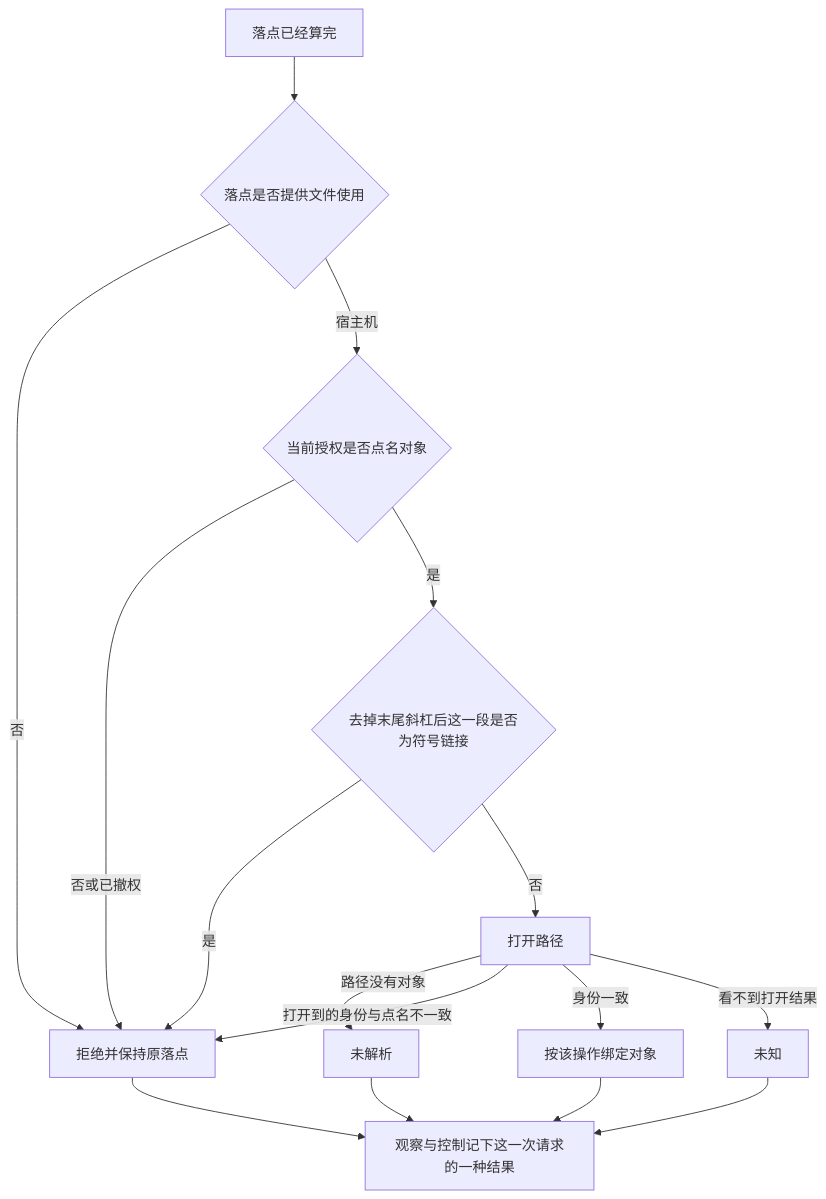
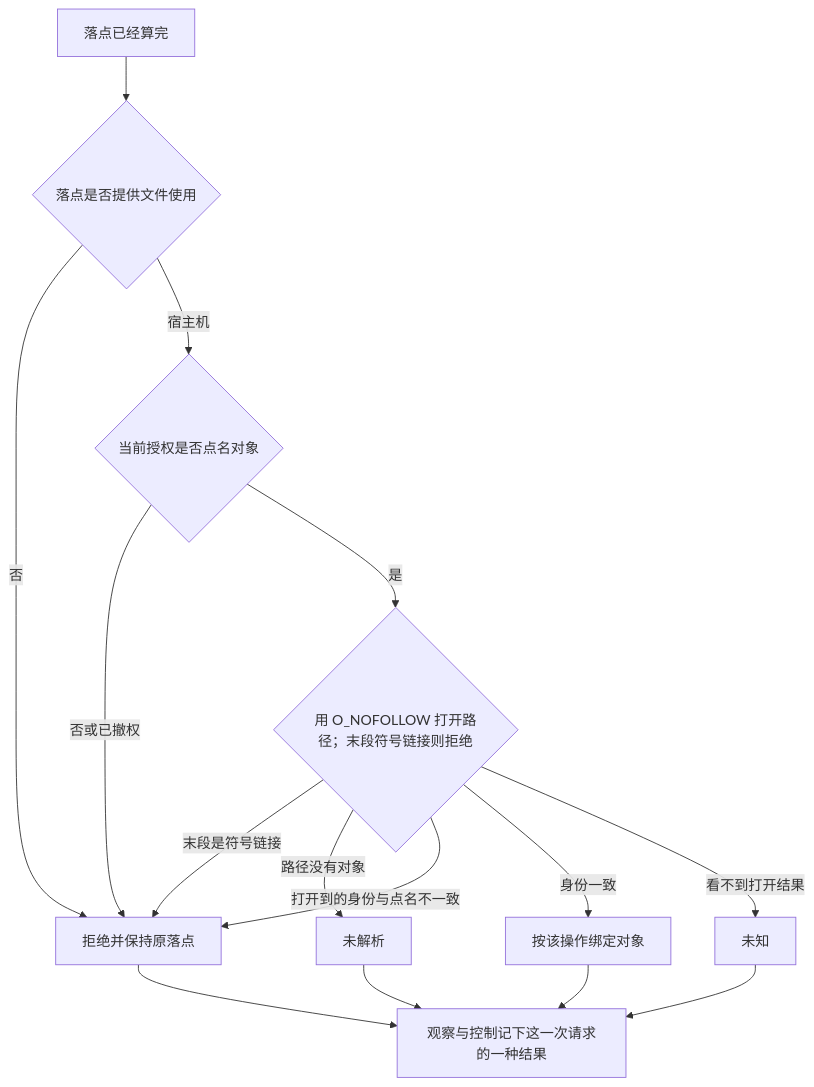
Before and after one commit to nemori-ai/omne-harness-lite: the second of 2 diagrams in packages/execution/execution-environment/docs/key-flow.md, drawn with Mermaid. The commit also changed other lines of this file and 5 other files, not shown here.

````diff
--- a/packages/execution/execution-environment/docs/key-flow.md
+++ b/packages/execution/execution-environment/docs/key-flow.md
@@ -45,18 +45,17 @@
 ```mermaid
 flowchart TD
   A[落点已经算完] --> B{落点是否提供文件使用}
   B -->|否| R[拒绝并保持原落点]
   B -->|宿主机| C{当前授权是否点名对象}
   C -->|否或已撤权| R
-  C -->|是| S{去掉末尾斜杠后这一段是否为符号链接}
-  S -->|是| R
-  S -->|否| D[打开路径]
+  C -->|是| D{用 O_NOFOLLOW 打开路径；末段符号链接则拒绝}
+  D -->|末段是符号链接| R
   D -->|路径没有对象| U[未解析]
   D -->|打开到的身份与点名不一致| R
   D -->|身份一致| E[按该操作绑定对象]
   D -->|看不到打开结果| K[未知]
   E --> F[观察与控制记下这一次请求的一种结果]
   R --> F
   U --> F
   K --> F
 ```
````
